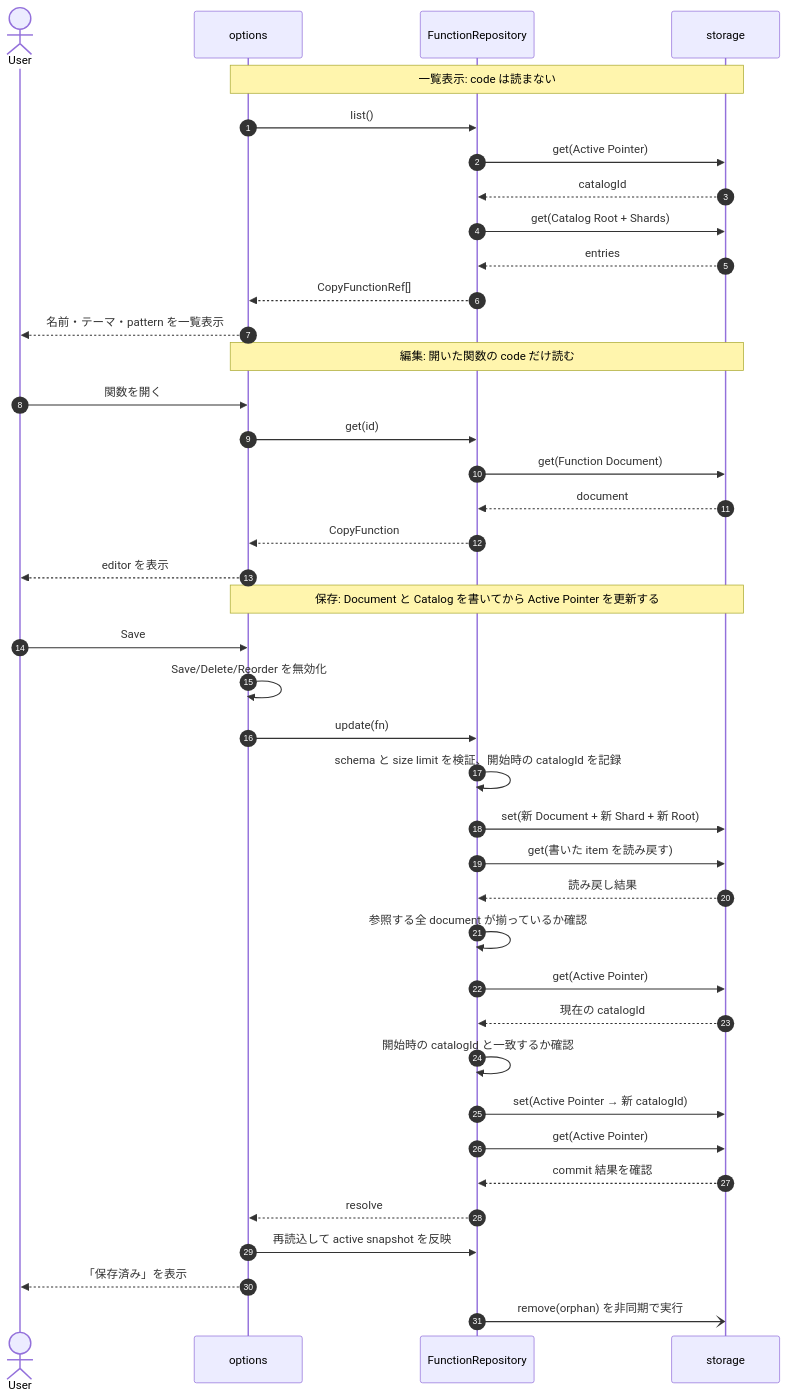
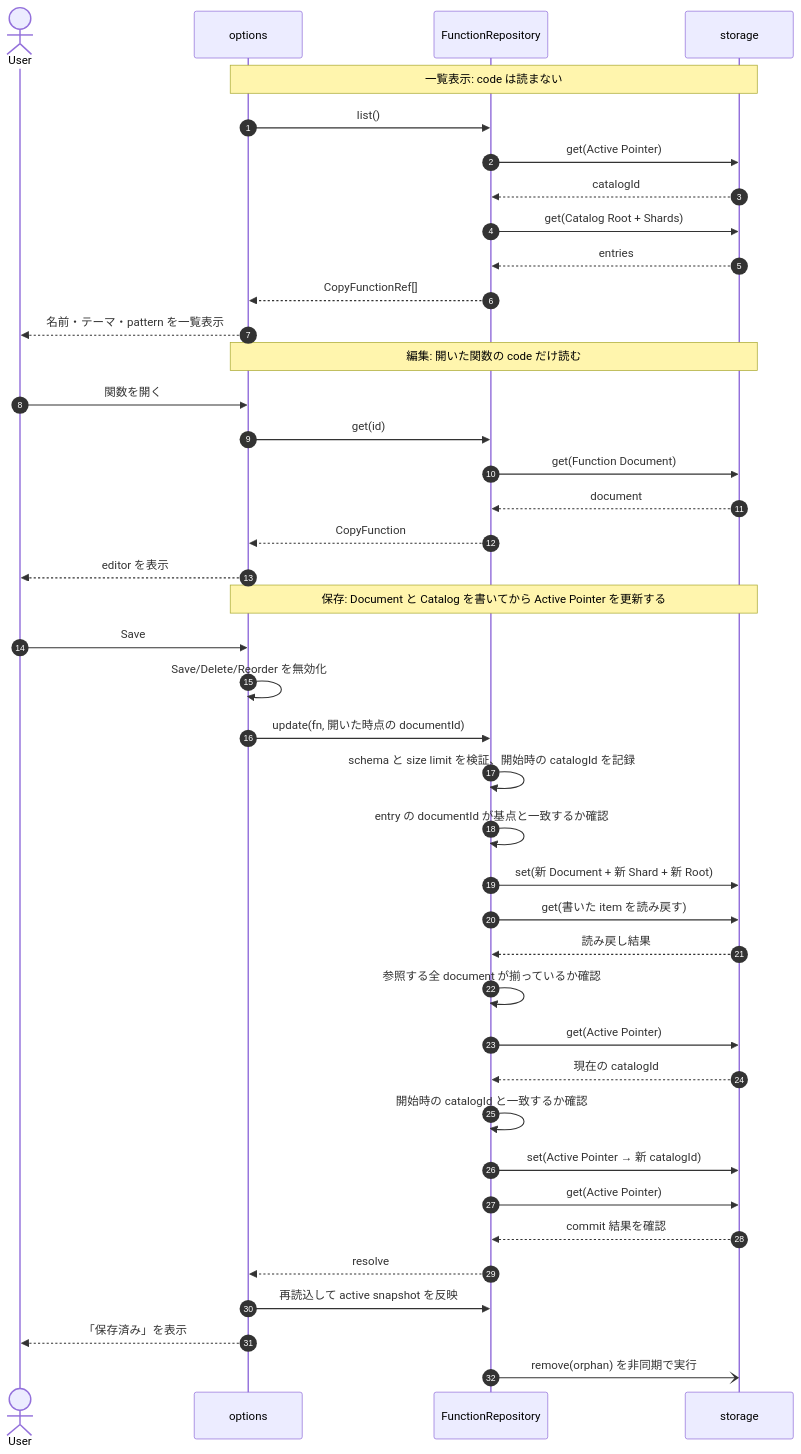
Before and after one commit to pokutuna/chrome-cocopy: the second of 5 diagrams in docs/function-storage.md, drawn with Mermaid. The commit also changed other lines of this file and 9 other files, not shown here.

````diff
--- a/docs/function-storage.md
+++ b/docs/function-storage.md
@@ -114,45 +114,46 @@
 ```mermaid
 sequenceDiagram
   autonumber
   actor User
   participant Options as options
   participant Repo as FunctionRepository
   participant Storage as storage
 
   Note over Options,Storage: 一覧表示: code は読まない
   Options->>Repo: list()
   Repo->>Storage: get(Active Pointer)
   Storage-->>Repo: catalogId
   Repo->>Storage: get(Catalog Root + Shards)
   Storage-->>Repo: entries
   Repo-->>Options: CopyFunctionRef[]
   Options-->>User: 名前・テーマ・pattern を一覧表示
 
   Note over Options,Storage: 編集: 開いた関数の code だけ読む
   User->>Options: 関数を開く
   Options->>Repo: get(id)
   Repo->>Storage: get(Function Document)
   Storage-->>Repo: document
   Repo-->>Options: CopyFunction
   Options-->>User: editor を表示
 
   Note over Options,Storage: 保存: Document と Catalog を書いてから Active Pointer を更新する
   User->>Options: Save
   Options->>Options: Save/Delete/Reorder を無効化
-  Options->>Repo: update(fn)
+  Options->>Repo: update(fn, 開いた時点の documentId)
   Repo->>Repo: schema と size limit を検証、開始時の catalogId を記録
+  Repo->>Repo: entry の documentId が基点と一致するか確認
   Repo->>Storage: set(新 Document + 新 Shard + 新 Root)
   Repo->>Storage: get(書いた item を読み戻す)
   Storage-->>Repo: 読み戻し結果
   Repo->>Repo: 参照する全 document が揃っているか確認
   Repo->>Storage: get(Active Pointer)
   Storage-->>Repo: 現在の catalogId
   Repo->>Repo: 開始時の catalogId と一致するか確認
   Repo->>Storage: set(Active Pointer → 新 catalogId)
   Repo->>Storage: get(Active Pointer)
   Storage-->>Repo: commit 結果を確認
   Repo-->>Options: resolve
   Options->>Repo: 再読込して active snapshot を反映
   Options-->>User: 「保存済み」を表示
   Repo-)Storage: remove(orphan) を非同期で実行
 ```
````
